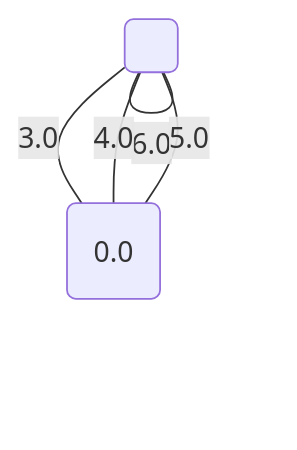
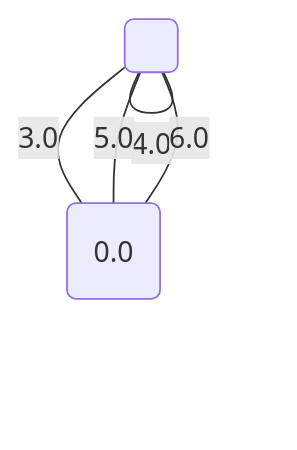
Before and after one commit to metury/graphs: diagram 17 of 17 in project/src/testing/minCutPetersen.md, drawn with Mermaid. The commit also changed other lines of this file and 50 other files, not shown here.

````diff
--- a/project/src/testing/minCutPetersen.md
+++ b/project/src/testing/minCutPetersen.md
@@ -408,11 +408,11 @@
 ```mermaid
 graph TD;
 0("0.0");
 1(" ");
-	1 -- "1.0" --- 1;
+	1 -- "0.0" --- 1;
 	1 -- "2.0" --- 1;
 	1 -- "3.0" --- 0;
-	1 -- "4.0" --- 0;
+	1 -- "4.0" --- 1;
 	1 -- "5.0" --- 0;
-	1 -- "6.0" --- 1;
+	1 -- "6.0" --- 0;
 ```
````
